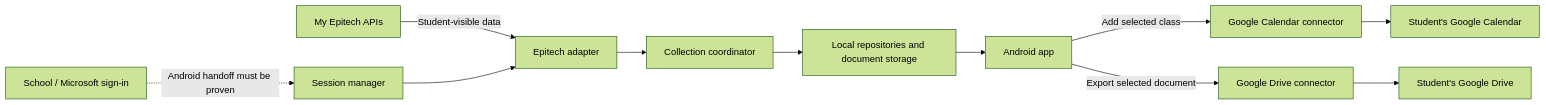
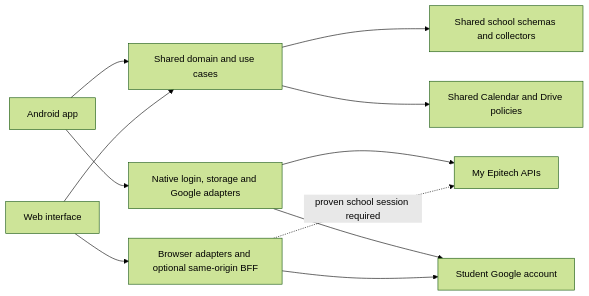
The diagram in architecture.md (arkcadia/Better-MyEpitech), drawn with Mermaid (forest theme) before and after one commit. The commit also changed other lines of this file, not shown here.

First line of the commit message:
docs: plan shared mobile and web architecture

````diff
--- a/architecture.md
+++ b/architecture.md
@@ -79,13 +95,13 @@
 ```mermaid
 flowchart LR
-    School[My Epitech APIs] -->|Student-visible data| Adapter[Epitech adapter]
-    Login[School / Microsoft sign-in] -. Android handoff must be proven .-> Session[Session manager]
-    Session --> Adapter
-    Adapter --> Collect[Collection coordinator]
-    Collect --> Store[Local repositories and document storage]
-    Store --> UI[Android app]
-    UI -->|Add selected class| Calendar[Google Calendar connector]
-    UI -->|Export selected document| Drive[Google Drive connector]
-    Calendar --> GoogleCalendar[Student's Google Calendar]
-    Drive --> GoogleDrive[Student's Google Drive]
+    Mobile[Android app] --> Core[Shared domain and use cases]
+    Web[Web interface] --> Core
+    Core --> SchoolRules[Shared school schemas and collectors]
+    Core --> ExportRules[Shared Calendar and Drive policies]
+    Mobile --> MobilePorts[Native login, storage and Google adapters]
+    Web --> WebPorts[Browser adapters and optional same-origin BFF]
+    MobilePorts --> School[My Epitech APIs]
+    WebPorts -. proven school session required .-> School
+    MobilePorts --> Google[Student Google account]
+    WebPorts --> Google
 ```
````
